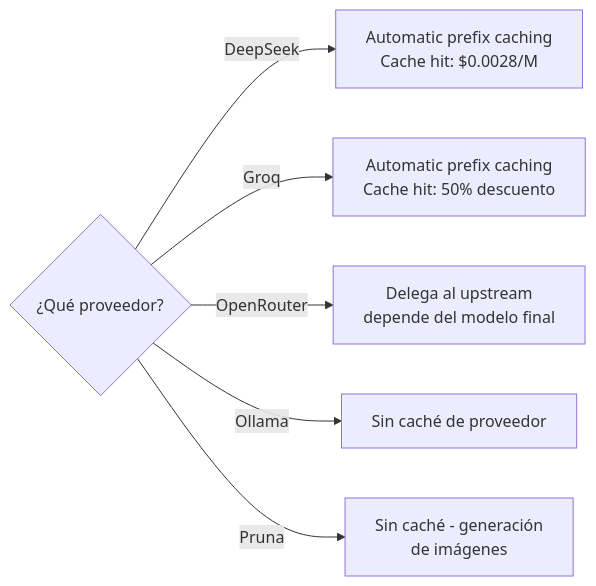
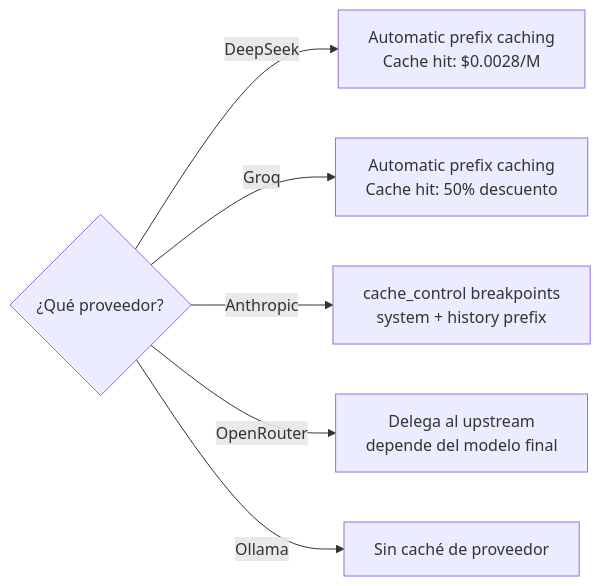
The ninth of 12 diagrams in diagramas.md (CesarGuzmanLopez/proxy-cesar), drawn with Mermaid before and after one commit. The commit also changed other lines of this file and 40 other files, not shown here.

````diff
--- a/diagramas.md
+++ b/diagramas.md
@@ -563,8 +532,8 @@
 ```mermaid
 flowchart LR
     Provider{¿Qué proveedor?} -->|DeepSeek| AutoDC[Automatic prefix caching<br/>Cache hit: $0.0028/M]
     Provider -->|Groq| AutoG[Automatic prefix caching<br/>Cache hit: 50% descuento]
+    Provider -->|Anthropic| ANC[cache_control breakpoints<br/>system + history prefix]
     Provider -->|OpenRouter| AutoOR[Delega al upstream<br/>depende del modelo final]
     Provider -->|Ollama| NoCache[Sin caché de proveedor]
-    Provider -->|Pruna| NoCache2[Sin caché - generación<br/>de imágenes]
 ```
````
